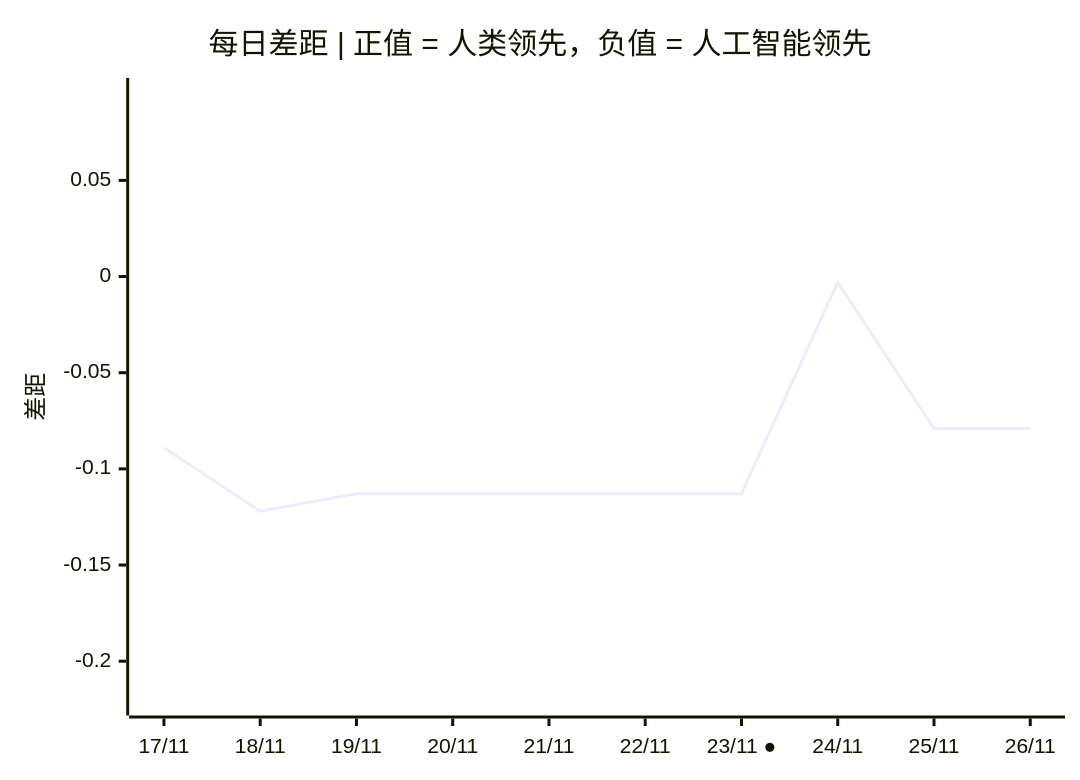
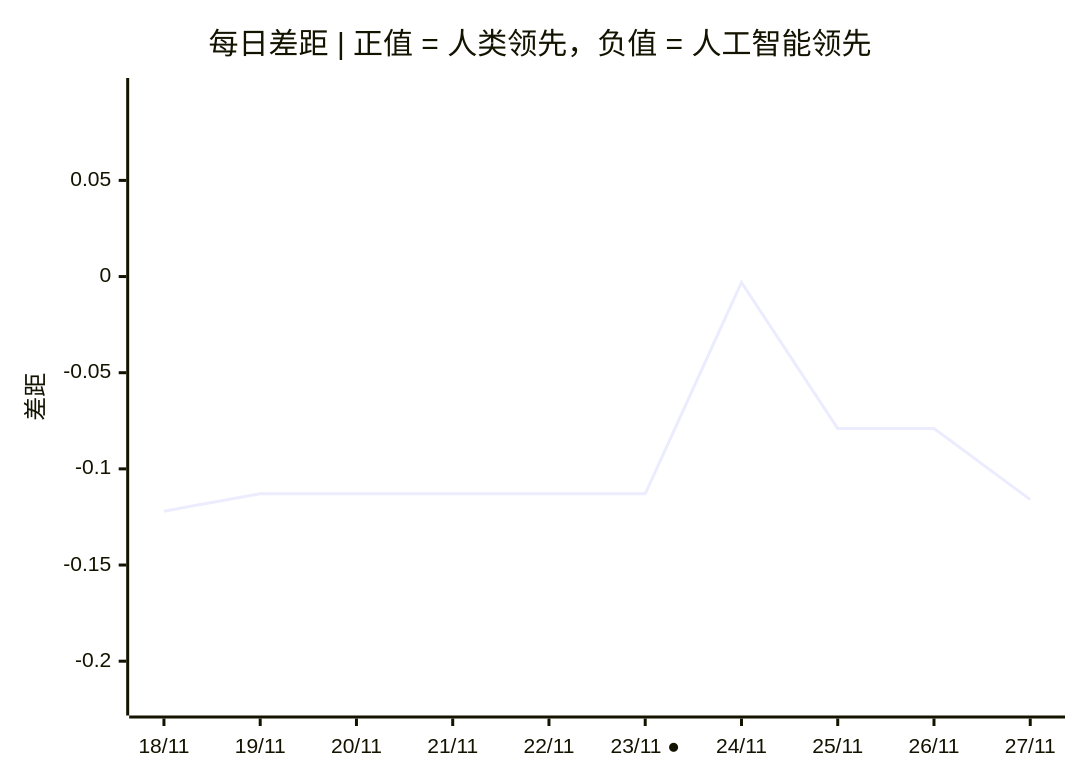
The third of 3 diagrams in README.zh.md (VQQLK/Human-AI-Monitor), drawn with Mermaid before and after one commit. The commit also changed other lines of this file and 3 other files, not shown here.

````diff
--- a/README.zh.md
+++ b/README.zh.md
@@ -56,7 +56,7 @@
 ```mermaid
 xychart-beta
     title "每日差距 | 正值 = 人类领先，负值 = 人工智能领先"
-    x-axis ["17/11", "18/11", "19/11", "20/11", "21/11", "22/11", "23/11 ●", "24/11", "25/11", "26/11"]
+    x-axis ["18/11", "19/11", "20/11", "21/11", "22/11", "23/11 ●", "24/11", "25/11", "26/11", "27/11"]
     y-axis "差距" -0.222 --> 0.097
-    line [-0.089, -0.122, -0.113, -0.113, -0.113, -0.113, -0.113, -0.003, -0.079, -0.079]
+    line [-0.122, -0.113, -0.113, -0.113, -0.113, -0.113, -0.003, -0.079, -0.079, -0.116]
 ```
````
